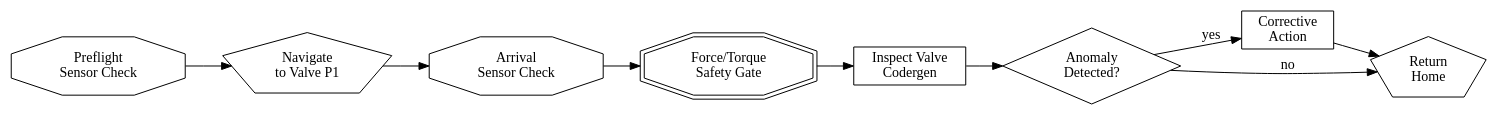
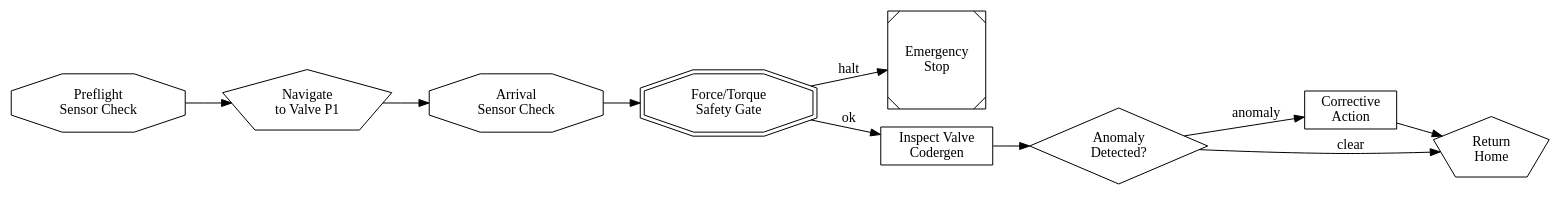
One commit to octos-org/octos changed the diagram in examples/dora-bridge-config/inspection_mission.dot. Above: the diagram before and after it, drawn with Graphviz. The commit also changed 2 other files, not shown here.

```diff
--- a/examples/dora-bridge-config/inspection_mission.dot
+++ b/examples/dora-bridge-config/inspection_mission.dot
@@ -1,78 +1,98 @@
 // Valve inspection mission pipeline.
 //
 // IMPORTANT — what this example actually exercises today:
 //
 //   * The octos-pipeline DOT parser recognises a fixed set of handler kinds:
 //       codergen, shell, gate, noop, parallel, dynamic_parallel
 //     Higher-level robotics handlers (SensorCheck, Motion, SafetyGate) are
 //     described conceptually in the README but are not yet implemented; this
 //     graph stands them in with `codergen` (LLM-driven reasoning over the
-//     bridge tool list) and `gate` (boolean branch on a condition).
+//     bridge tool list), `gate` (boolean predicate over the last outcome),
+//     and `noop` (terminal sink).
+//   * `gate` nodes evaluate `prompt` as a condition against the previous
+//     outcome — the supported predicate language is
+//     `outcome.status == "pass"|"fail"`, `outcome.contains("...")`, plus
+//     `&& || !` combinators (see crates/octos-pipeline/src/condition.rs).
+//   * Edges that need to branch must use `condition="..."`. Plain `label=`
+//     is only a substring fallback against outcome content; this graph uses
+//     real conditions on every gate-outgoing edge.
 //   * `deadline_action` accepts lowercase `abort`, `skip`, `escalate`, and
-//     `retry:<n>`. Anything else is silently dropped.
+//     `retry:<n>`.
 //   * `invariant=...` / `on_violation=...` are not currently parsed; the
 //     `checkpoint="true"` attribute is.
 //
 // When dedicated robotics handler kinds land, swap each `codergen` node below
 // for the appropriate handler (e.g. `sensor_check`, `motion`, `safety_gate`)
 // and add the parser-side support in the same change.
 digraph inspection_mission {
     rankdir=LR;
 
     // Stand-in for SensorCheck: LLM is asked to confirm preflight via the
     // bridge's read_pressure_gauge / observe-tier sensor tools.
     preflight [shape=octagon, label="Preflight\nSensor Check", handler="codergen",
-               prompt="Confirm battery_soc > 20 via the observe-tier sensor tools before continuing.",
+               prompt="Confirm battery_soc > 20 via the observe-tier sensor tools. If healthy, end your reply with the literal token preflight_ok.",
                tools="read_pressure_gauge"];
 
     // Stand-in for Motion: LLM drives the safe-motion bridge tool. Deadline
     // fires `abort` if navigation hangs.
     navigate [shape=pentagon, label="Navigate\nto Valve P1", handler="codergen",
               prompt="Drive the robot to valve P1 using move_to_valve.",
               tools="move_to_valve",
               deadline_secs="120", deadline_action="abort",
               checkpoint="true"];
 
-    // Stand-in for arrival SensorCheck.
+    // Stand-in for arrival SensorCheck. Ends its reply with `force_ok` only
+    // when force/torque is within spec — the safety_gate predicate below
+    // depends on this sentinel.
     arrival_check [shape=octagon, label="Arrival\nSensor Check", handler="codergen",
-                   prompt="Confirm position_error_m < 0.01 using the observe-tier sensors.",
+                   prompt="Confirm position_error_m < 0.01 and max_force_n < 50 via the observe-tier sensors. End with force_ok if both hold, otherwise force_fail.",
                    tools="capture_valve_image"];
 
-    // Stand-in for SafetyGate: a boolean gate on whether force is within
-    // limits. The decision logic lives in `condition` (evaluated by the gate
-    // handler at runtime).
-    safety_gate [shape=doubleoctagon, label="Force/Torque\nSafety Gate", handler="gate"];
+    // SafetyGate: pass iff the upstream outcome contains `force_ok`. On Fail
+    // the executor selects the conditional edge to emergency_stop.
+    safety_gate [shape=doubleoctagon, label="Force/Torque\nSafety Gate", handler="gate",
+                 prompt="outcome.contains(\"force_ok\")"];
 
-    // LLM-driven valve inspection.
+    // Terminal sink for the safety-gate failure branch. Distinct from the
+    // happy-path return_home node so an operator can grep the outcome graph
+    // for emergency stops.
+    emergency_stop [shape=Msquare, label="Emergency\nStop", handler="noop"];
+
+    // LLM-driven valve inspection. Ends with `anomaly_detected` when it
+    // believes the valve needs corrective action.
     inspect [shape=box, label="Inspect Valve\nCodergen", handler="codergen",
-             prompt="Inspect the valve using capture_valve_image and read_pressure_gauge; decide if it is anomalous.",
+             prompt="Inspect the valve using capture_valve_image and read_pressure_gauge. End with anomaly_detected if the valve looks anomalous, otherwise anomaly_clear.",
              tools="capture_valve_image,read_pressure_gauge",
              deadline_secs="60", deadline_action="skip",
              checkpoint="true"];
 
-    // Gate: was an anomaly detected?
-    result_gate [shape=diamond, label="Anomaly\nDetected?", handler="gate"];
+    // Branch on whether inspection flagged an anomaly. Pass = anomaly seen.
+    result_gate [shape=diamond, label="Anomaly\nDetected?", handler="gate",
+                 prompt="outcome.contains(\"anomaly_detected\")"];
 
     // Corrective action: LLM plans the response, may use the full-actuation
     // turn_valve tool (gated upstream by RobotPermissionPolicy).
     corrective [shape=box, label="Corrective\nAction", handler="codergen",
                 prompt="Plan and execute a corrective action using turn_valve if appropriate.",
                 tools="turn_valve",
                 deadline_secs="90", deadline_action="abort"];
 
     // Return to home: safe-motion tool again.
     return_home [shape=pentagon, label="Return\nHome", handler="codergen",
                  prompt="Drive back to the home pose using move_to_valve with the home waypoint.",
                  tools="move_to_valve",
                  deadline_secs="120", deadline_action="skip"];
 
-    // Edges
+    // Edges. Gate-outgoing edges carry real predicates over the gate's
+    // outcome (Pass/Fail) so the executor's condition step routes
+    // deterministically rather than falling back to label substring match.
     preflight -> navigate;
     navigate -> arrival_check;
     arrival_check -> safety_gate;
-    safety_gate -> inspect;
+    safety_gate -> inspect        [condition="outcome.status == \"pass\"", label="ok"];
+    safety_gate -> emergency_stop [condition="outcome.status == \"fail\"", label="halt"];
     inspect -> result_gate;
-    result_gate -> corrective [label="yes"];
-    result_gate -> return_home [label="no"];
+    result_gate -> corrective     [condition="outcome.status == \"pass\"", label="anomaly"];
+    result_gate -> return_home    [condition="outcome.status == \"fail\"", label="clear"];
     corrective -> return_home;
 }
```
